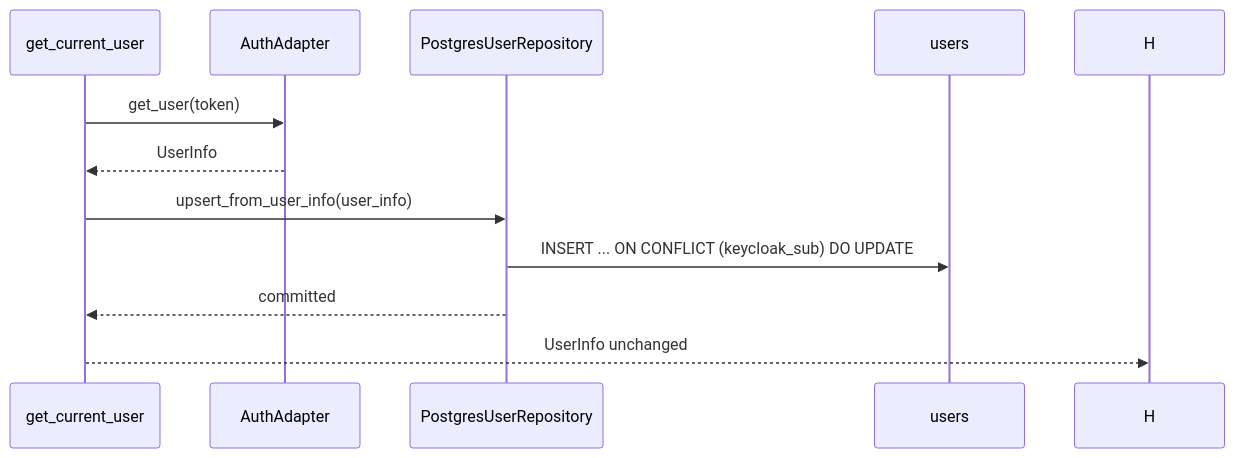
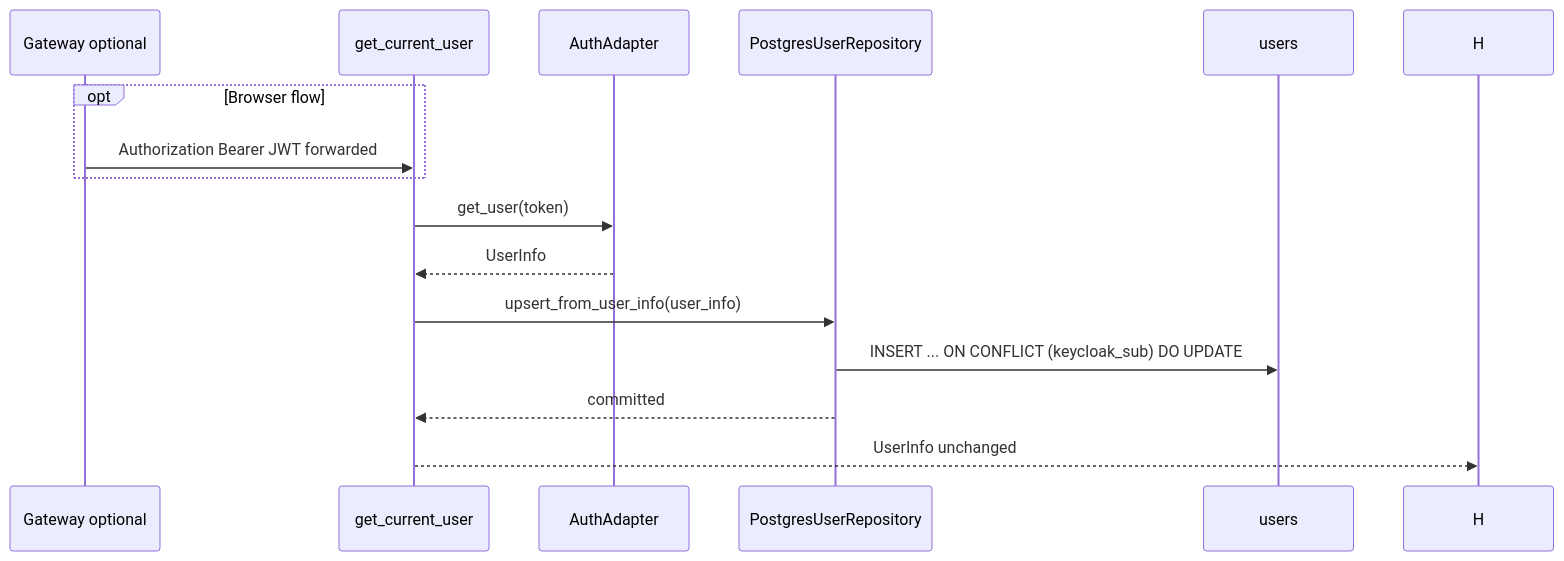
The diagram in docs/diagrams/auth-jit-upsert.md (neurojihad/neuroatlas-ai), drawn with Mermaid before and after one commit. The commit also changed other lines of this file and 9 other files, not shown here.

Commit message:
NLS-007: fix diagrams

````diff
--- a/docs/diagrams/auth-jit-upsert.md
+++ b/docs/diagrams/auth-jit-upsert.md
@@ -6,14 +9,18 @@
 ```mermaid
 sequenceDiagram
+    participant GW as Gateway optional
     participant D as get_current_user
     participant A as AuthAdapter
     participant R as PostgresUserRepository
     participant DB as users
 
+    opt Browser flow
+        GW->>D: Authorization Bearer JWT forwarded
+    end
     D->>A: get_user(token)
     A-->>D: UserInfo
     D->>R: upsert_from_user_info(user_info)
     R->>DB: INSERT ... ON CONFLICT (keycloak_sub) DO UPDATE
     R-->>D: committed
     D-->>H: UserInfo unchanged
 ```
````
